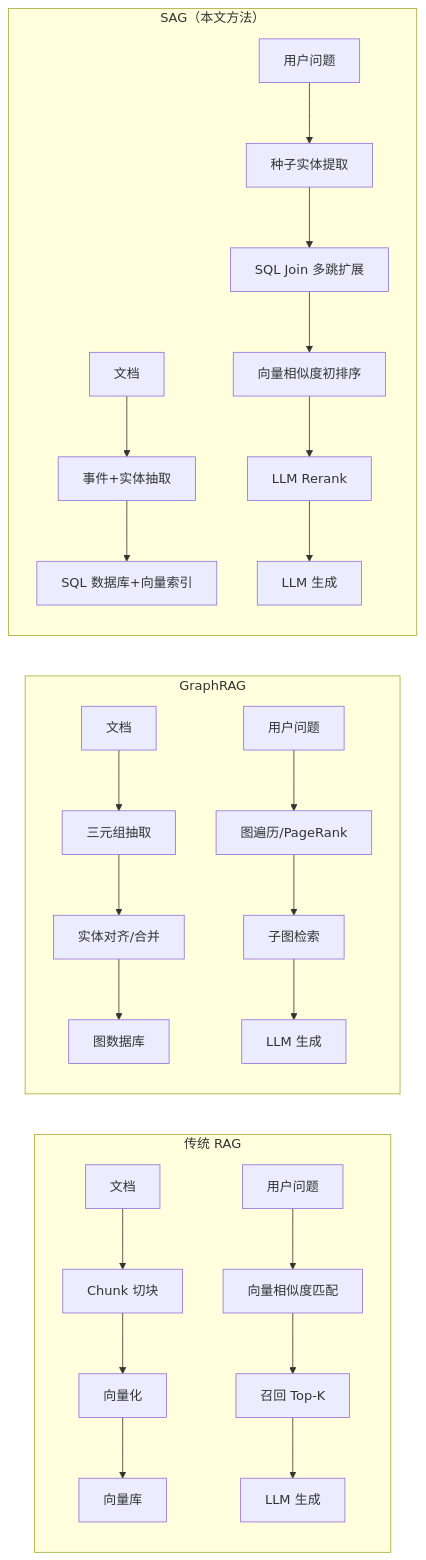
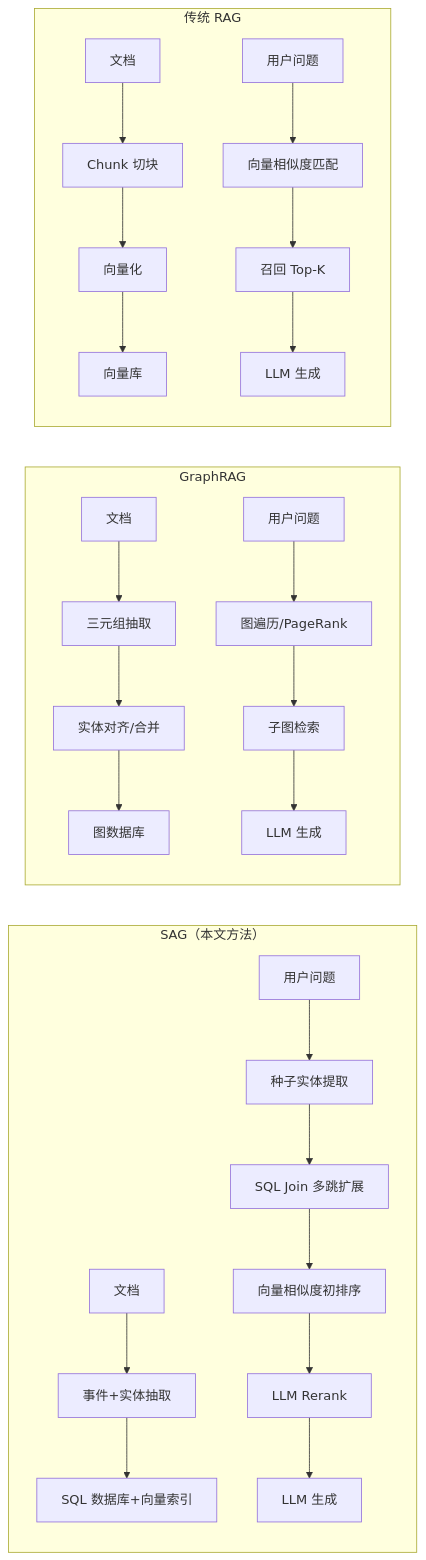
The first of 10 diagrams in docs/讲稿_润色版.md (VegetableBCoder/visual-novel-translator), drawn with Mermaid before and after one commit. The commit also changed other lines of this file and 1 other file, not shown here.

````diff
--- a/docs/讲稿_润色版.md
+++ b/docs/讲稿_润色版.md
@@ -57,30 +57,31 @@
 ```mermaid
 flowchart LR
-    subgraph Traditional["传统 RAG"]
-        A1[文档] --> A2[Chunk 切块]
-        A2 --> A3[向量化]
-        A3 --> A4[向量库]
-        A5[用户问题] --> A6[向量相似度匹配]
-        A6 --> A7[召回 Top-K]
-        A7 --> A8[LLM 生成]
+    
+     subgraph SAG["SAG（本文方法）"]
+        C1[文档] --> C2[事件+实体抽取]
+        C2 --> C3[SQL 数据库+向量索引]
+        C5[用户问题] --> C6[种子实体提取]
+        C6 --> C7[SQL Join 多跳扩展]
+        C7 --> C8[向量相似度初排序]
+        C8 --> C9[LLM Rerank]
+        C9 --> C10[LLM 生成]
     end
-
+    
     subgraph GraphRAG["GraphRAG"]
         B1[文档] --> B2[三元组抽取]
         B2 --> B3[实体对齐/合并]
         B3 --> B4[图数据库]
         B5[用户问题] --> B6[图遍历/PageRank]
         B6 --> B7[子图检索]
         B7 --> B8[LLM 生成]
     end
 
-    subgraph SAG["SAG（本文方法）"]
-        C1[文档] --> C2[事件+实体抽取]
-        C2 --> C3[SQL 数据库+向量索引]
-        C5[用户问题] --> C6[种子实体提取]
-        C6 --> C7[SQL Join 多跳扩展]
-        C7 --> C8[向量相似度初排序]
-        C8 --> C9[LLM Rerank]
-        C9 --> C10[LLM 生成]
+    subgraph Traditional["传统 RAG"]
+        A1[文档] --> A2[Chunk 切块]
+        A2 --> A3[向量化]
+        A3 --> A4[向量库]
+        A5[用户问题] --> A6[向量相似度匹配]
+        A6 --> A7[召回 Top-K]
+        A7 --> A8[LLM 生成]
     end
 ```
````
